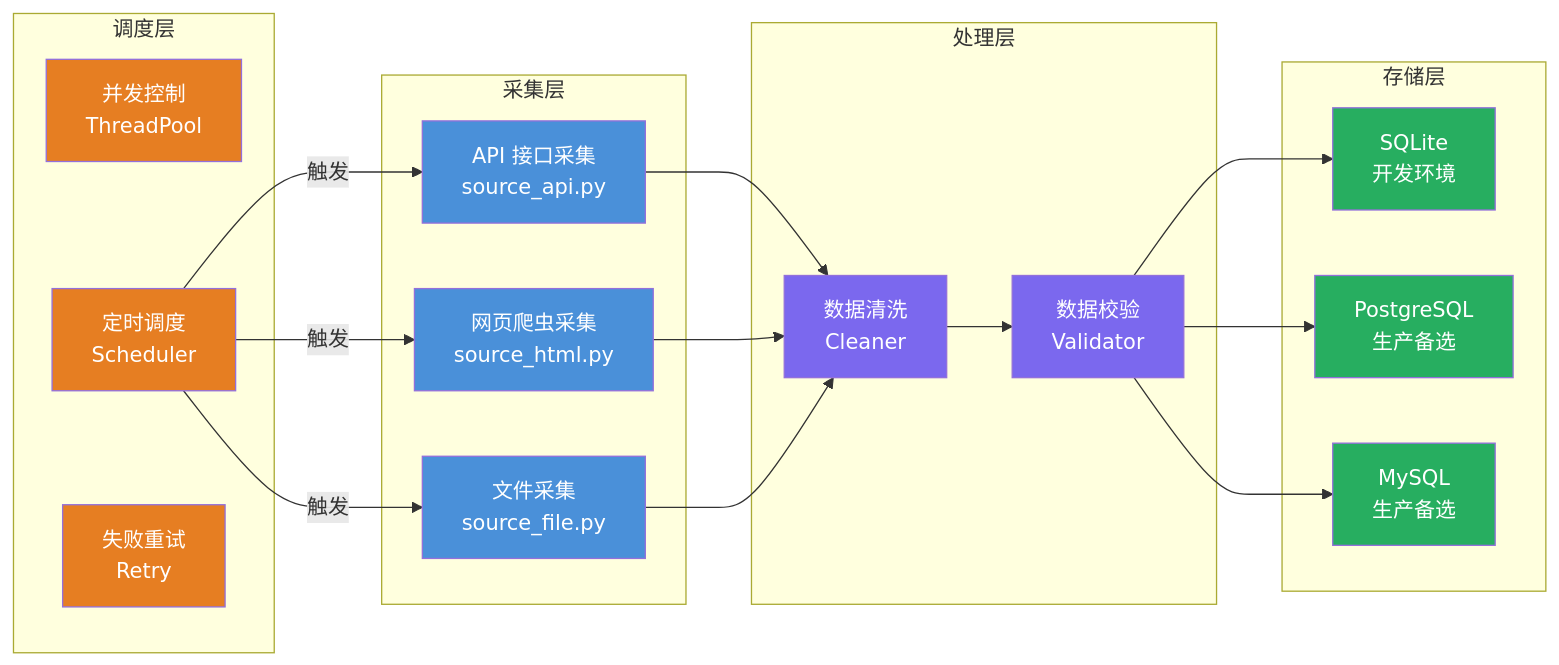
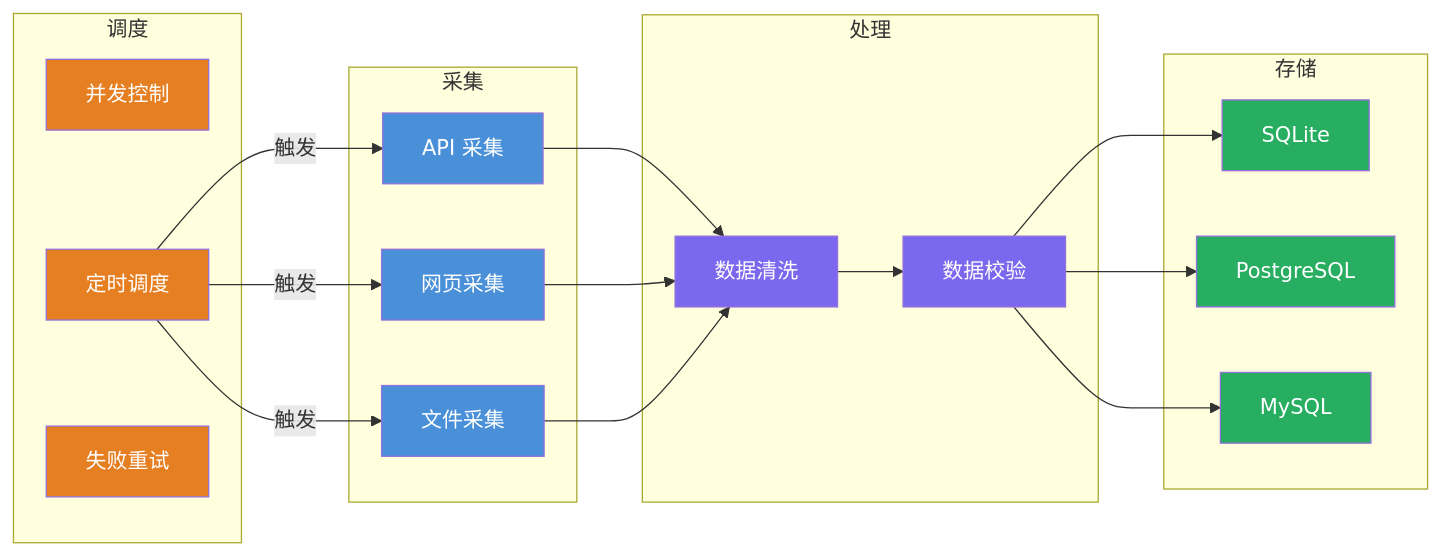
The first of 5 diagrams in docs/数据采集最佳设计方案.md (hollson/spider_awesome), drawn with Mermaid before and after one commit. The commit also changed other lines of this file and 2 other files, not shown here.

Commit message:
docs: 简化架构图的子图命名和注释
统一简化中英文文档里的架构子图名称，移除多余的后缀注释，让架构展示更简洁清晰

````diff
--- a/docs/数据采集最佳设计方案.md
+++ b/docs/数据采集最佳设计方案.md
@@ -65,42 +65,42 @@
 ```mermaid
 graph LR
-    subgraph 采集层
-        A1["API 接口采集<br/>source_api.py"]
-        A2["网页爬虫采集<br/>source_html.py"]
-        A3["文件采集<br/>source_file.py"]
+    subgraph 采集
+        A1["API 采集"]
+        A2["网页采集"]
+        A3["文件采集"]
     end
 
-    subgraph 处理层
-        B1["数据清洗<br/>Cleaner"]
-        B2["数据校验<br/>Validator"]
+    subgraph 处理
+        B1["数据清洗"]
+        B2["数据校验"]
     end
 
-    subgraph 存储层
-        C1["SQLite<br/>开发环境"]
-        C2["PostgreSQL<br/>生产备选"]
-        C3["MySQL<br/>生产备选"]
+    subgraph 存储
+        C1["SQLite"]
+        C2["PostgreSQL"]
+        C3["MySQL"]
     end
 
-    subgraph 调度层
-        D1["并发控制<br/>ThreadPool"]
-        D2["定时调度<br/>Scheduler"]
-        D3["失败重试<br/>Retry"]
+    subgraph 调度
+        D1["并发控制"]
+        D2["定时调度"]
+        D3["失败重试"]
     end
 
     A1 & A2 & A3 --> B1
     B1 --> B2
     B2 --> C1 & C2 & C3
     D2 -->|触发| A1 & A2 & A3
 
     style A1 fill:#4A90D9,color:#fff
     style A2 fill:#4A90D9,color:#fff
     style A3 fill:#4A90D9,color:#fff
     style B1 fill:#7B68EE,color:#fff
     style B2 fill:#7B68EE,color:#fff
     style C1 fill:#27AE60,color:#fff
     style C2 fill:#27AE60,color:#fff
     style C3 fill:#27AE60,color:#fff
     style D1 fill:#E67E22,color:#fff
     style D2 fill:#E67E22,color:#fff
     style D3 fill:#E67E22,color:#fff
 ```
````
